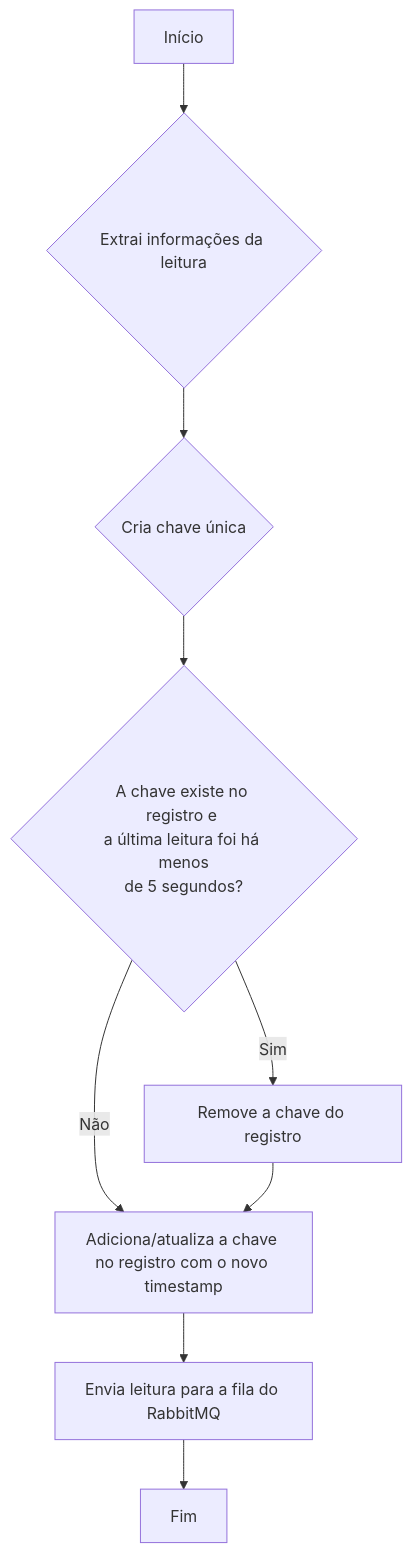
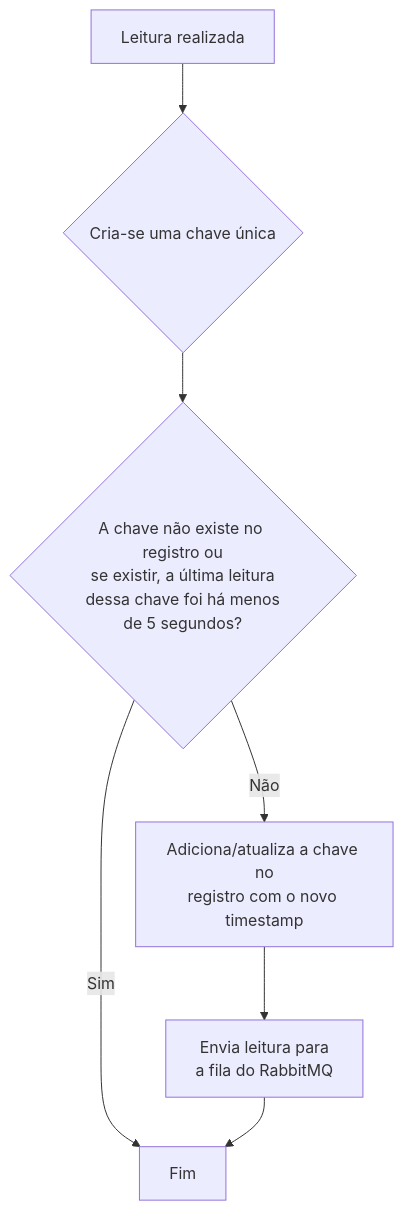
One commit to AntonioPagotto/RFID-Reader changed the diagram in Fluxograma-leitura.md. Above: the diagram before and after it, drawn with Mermaid.

````diff
--- a/Fluxograma-leitura.md
+++ b/Fluxograma-leitura.md
@@ -1,11 +1,9 @@
 ```mermaid
 graph TD
-    A[Início] --> B{Extrai informações da leitura}
-    B --> C{Cria chave única}
-    C --> D{A chave existe no registro e <br>a última leitura foi há menos<br>de 5 segundos?}
-    D -- Não --> E[Adiciona/atualiza a chave no registro com o novo timestamp]
-    D -- Sim --> F[Remove a chave do registro]
-    F --> E
-    E --> G[Envia leitura para a fila do RabbitMQ]
+    A[Leitura realizada] --> C{Cria-se uma chave única}
+    C --> D{A chave não existe no registro ou<br>se existir, a última leitura<br>dessa chave foi há menos<br>de 5 segundos?}
+    D -- Não --> E[Adiciona/atualiza a chave no<br>registro com o novo timestamp]
+    D -- Sim --> H[Fim]
+    E --> G[Envia leitura para<br> a fila do RabbitMQ]
     G --> H[Fim]
 ```
````
